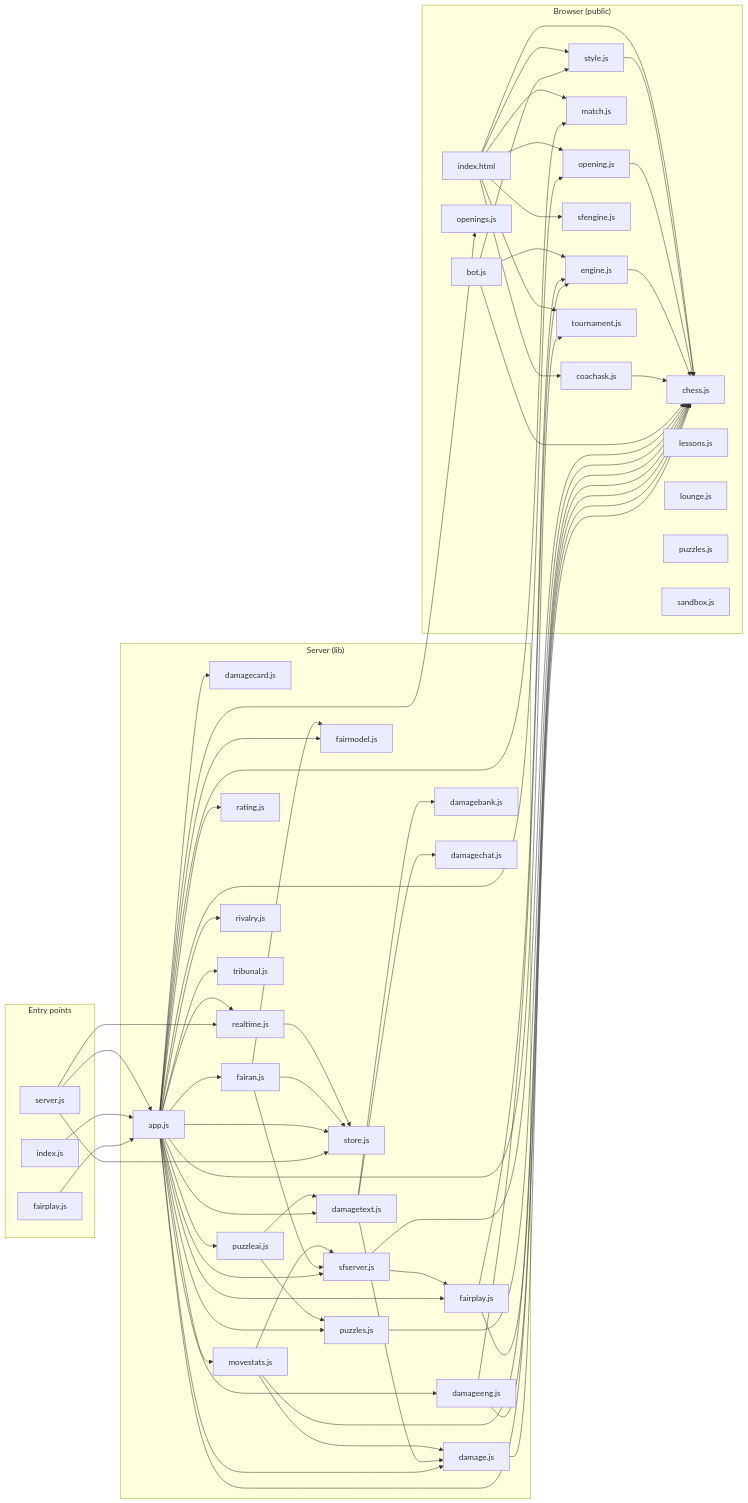
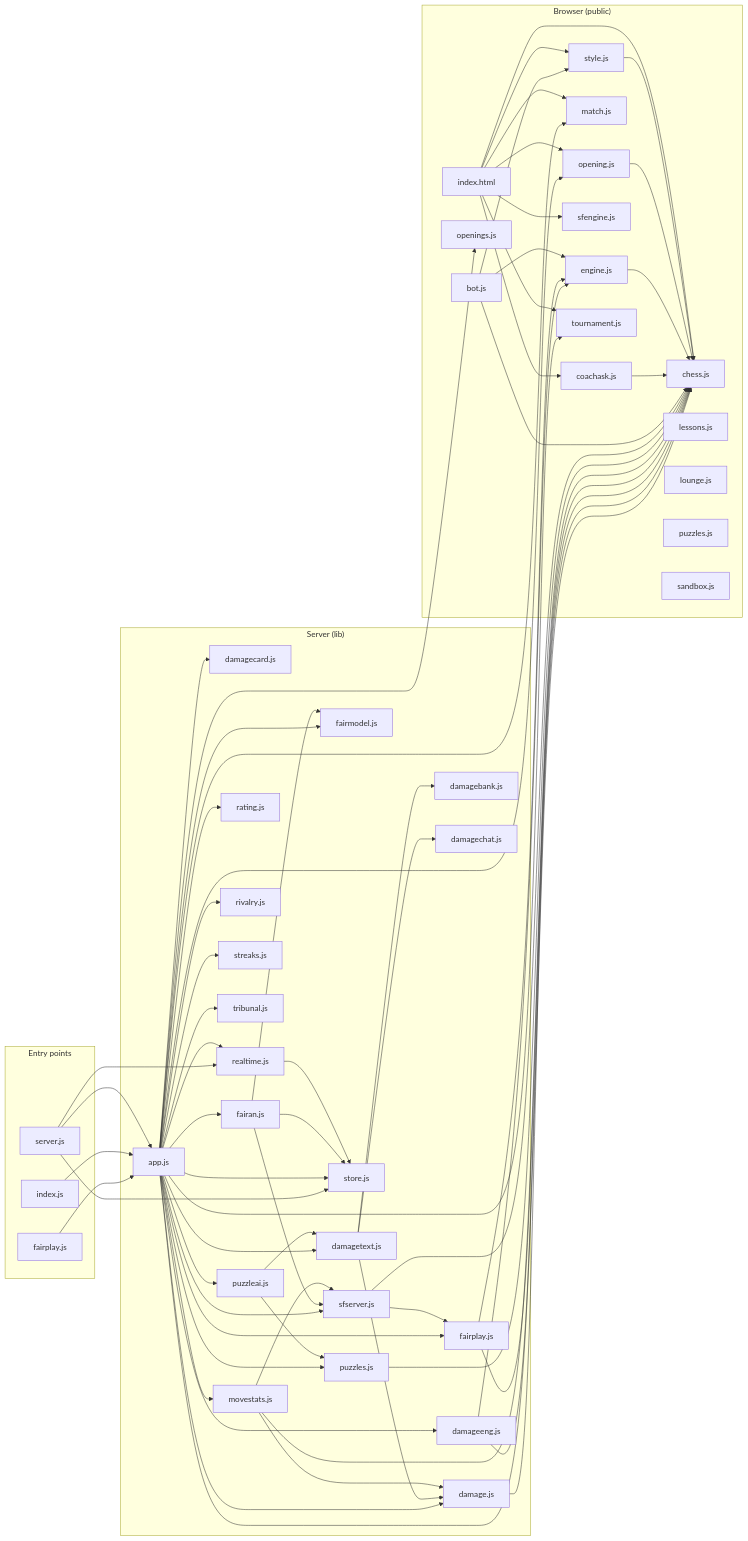
One commit to Vihaancoding/chess-with-friends changed the diagram in docs/code-map.md. Above: the diagram before and after it, drawn with Mermaid. The commit also changed other lines of this file and 6 other files, not shown here.

```diff
--- a/docs/code-map.md
+++ b/docs/code-map.md
@@ -28,6 +28,7 @@
     lib_rivalry_js["rivalry.js"]
     lib_sfserver_js["sfserver.js"]
     lib_store_js["store.js"]
+    lib_streaks_js["streaks.js"]
     lib_tribunal_js["tribunal.js"]
   end
   subgraph "Browser (public)"
@@ -68,6 +69,7 @@
   lib_app_js --> lib_puzzles_js
   lib_app_js --> lib_puzzleai_js
   lib_app_js --> lib_movestats_js
+  lib_app_js --> lib_streaks_js
   lib_app_js --> lib_tribunal_js
   lib_app_js --> lib_sfserver_js
   lib_app_js --> lib_fairan_js
```
